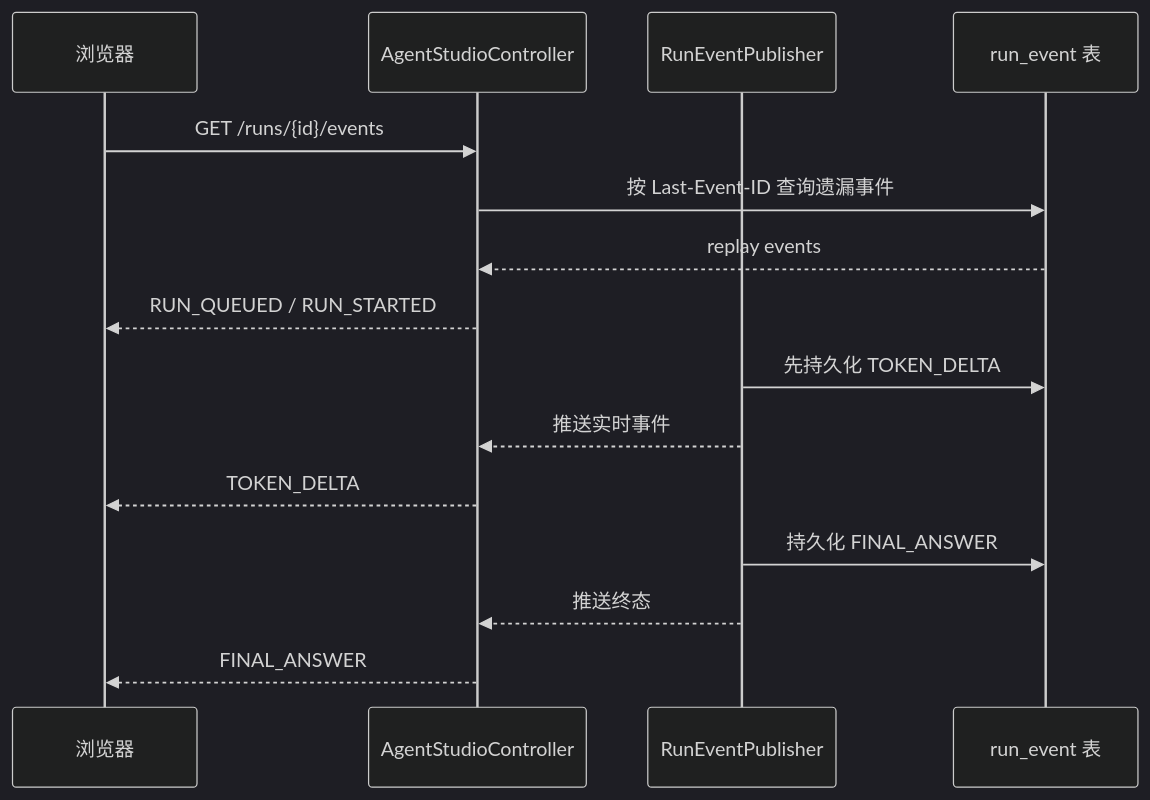
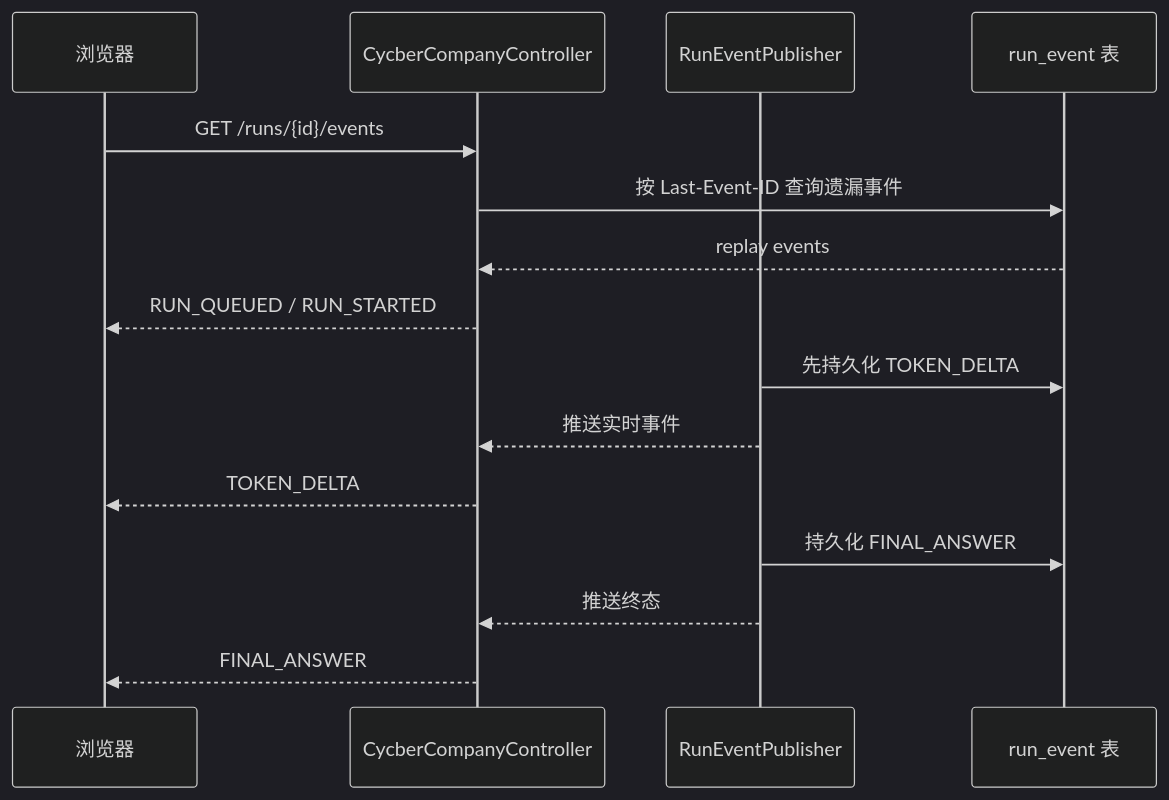
The fifth of 17 diagrams in docs/new-developer-guide.md (sunlightFox/cycbercompany-backend), drawn with Mermaid (dark theme) before and after one commit. The commit also changed other lines of this file and 1327 other files, not shown here.

Commit message:
feat: deliver CycberCompany local execution workflow

````diff
--- a/docs/new-developer-guide.md
+++ b/docs/new-developer-guide.md
@@ -265,18 +265,18 @@
 ```mermaid
 sequenceDiagram
     participant Browser as 浏览器
-    participant API as AgentStudioController
+    participant API as CycberCompanyController
     participant Events as RunEventPublisher
     participant DB as run_event 表
 
     Browser->>API: GET /runs/{id}/events
     API->>DB: 按 Last-Event-ID 查询遗漏事件
     DB-->>API: replay events
     API-->>Browser: RUN_QUEUED / RUN_STARTED
     Events->>DB: 先持久化 TOKEN_DELTA
     Events-->>API: 推送实时事件
     API-->>Browser: TOKEN_DELTA
     Events->>DB: 持久化 FINAL_ANSWER
     Events-->>API: 推送终态
     API-->>Browser: FINAL_ANSWER
 ```
````
